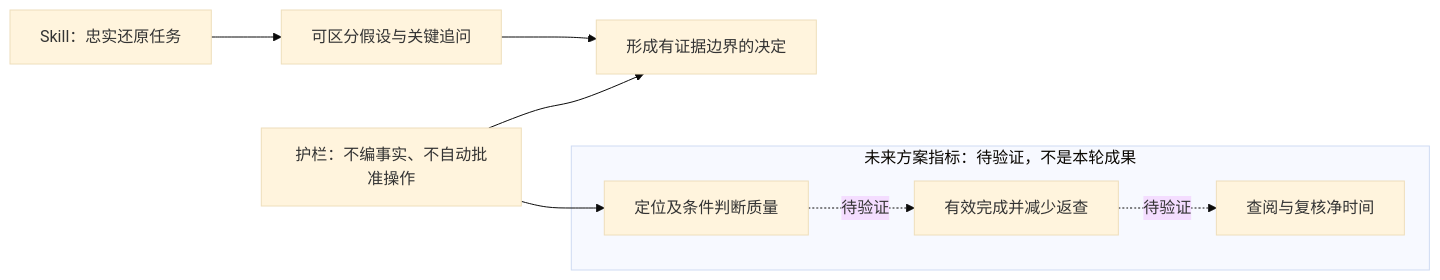
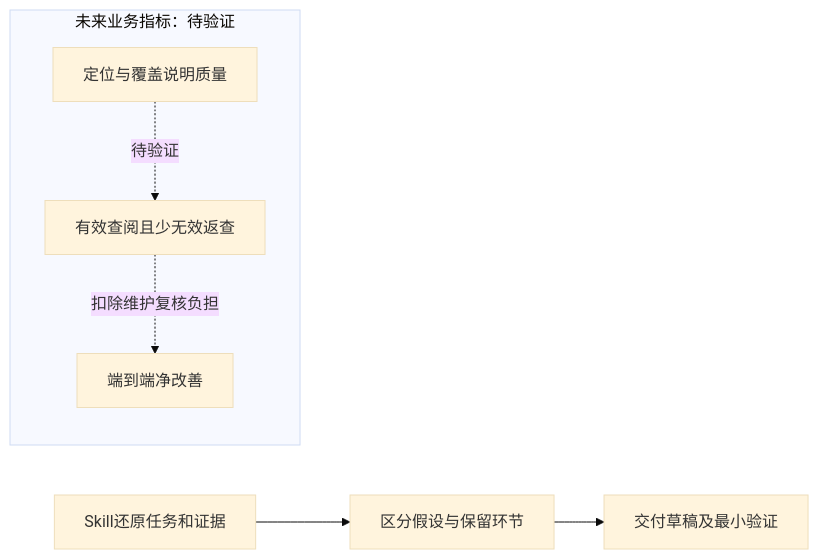
One commit to meiluosi/fde-problem-framing changed the fourth of 4 diagrams in examples/cbm-standards/diagrams.md. Above: the diagram before and after it, drawn with Mermaid (base theme). The commit also changed other lines of this file and 73 other files, not shown here.

````diff
--- a/examples/cbm-standards/diagrams.md
+++ b/examples/cbm-standards/diagrams.md
@@ -40,10 +40,8 @@
 ```mermaid
 flowchart LR
- A["Skill：忠实还原任务"] --> B["可区分假设与关键追问"] --> C["形成有证据边界的决定"]
- subgraph future["未来方案指标：待验证，不是本轮成果"]
- D["定位及条件判断质量"] -. "待验证" .-> E["有效完成并减少返查"]
- E -. "待验证" .-> F["查阅与复核净时间"]
+ A["Skill还原任务和证据"] --> B["区分假设与保留环节"] --> C["交付草稿及最小验证"]
+ subgraph future["未来业务指标：待验证"]
+ D["定位与覆盖说明质量"] -. "待验证" .-> E["有效查阅且少无效返查"]
+ E -. "扣除维护复核负担" .-> F["端到端净改善"]
  end
- G["护栏：不编事实、不自动批准操作"] --> C
- G --> D
 ```
````
